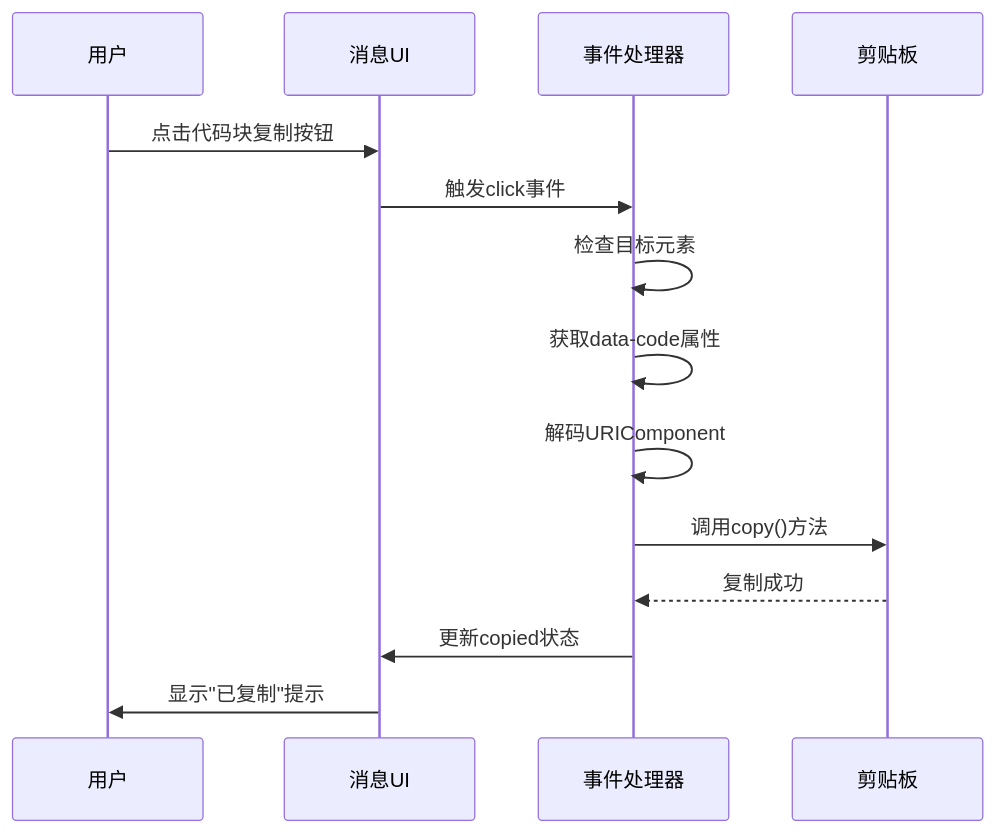
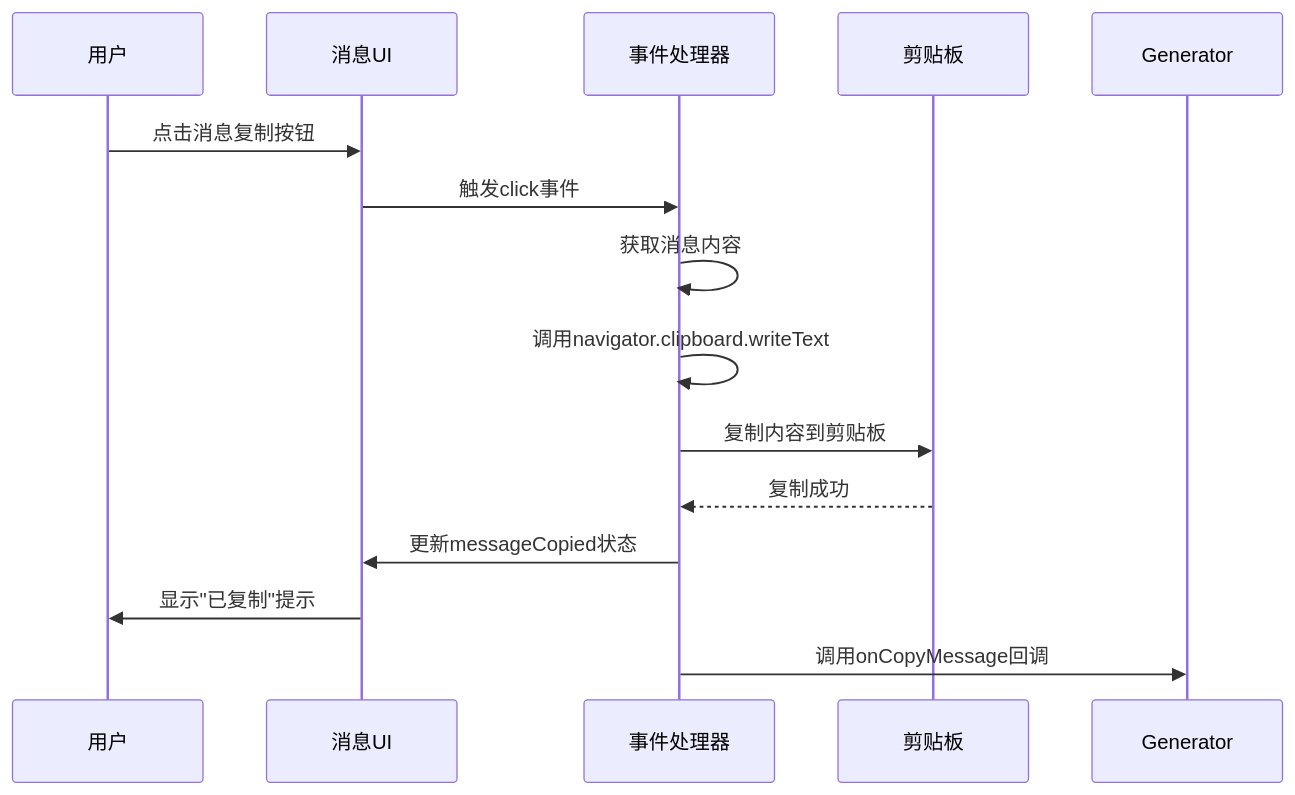
Before and after one commit to zfyime/chat-mini: the sixth of 10 diagrams in .qoder/repowiki/zh/content/组件架构/MessageItem组件.md, drawn with Mermaid. The commit also changed other lines of this file and 10 other files, not shown here.

````diff
--- a/.qoder/repowiki/zh/content/组件架构/MessageItem组件.md
+++ b/.qoder/repowiki/zh/content/组件架构/MessageItem组件.md
@@ -265,16 +249,16 @@
 ```mermaid
 sequenceDiagram
 participant User as 用户
 participant UI as 消息UI
 participant Event as 事件处理器
 participant Clipboard as 剪贴板
-User->>UI : 点击代码块复制按钮
+User->>UI : 点击消息复制按钮
 UI->>Event : 触发click事件
-Event->>Event : 检查目标元素
-Event->>Event : 获取data-code属性
-Event->>Event : 解码URIComponent
-Event->>Clipboard : 调用copy()方法
+Event->>Event : 获取消息内容
+Event->>Event : 调用navigator.clipboard.writeText
+Event->>Clipboard : 复制内容到剪贴板
 Clipboard-->>Event : 复制成功
-Event->>UI : 更新copied状态
+Event->>UI : 更新messageCopied状态
 UI->>User : 显示"已复制"提示
+Event->>Generator : 调用onCopyMessage回调
 ```
````
